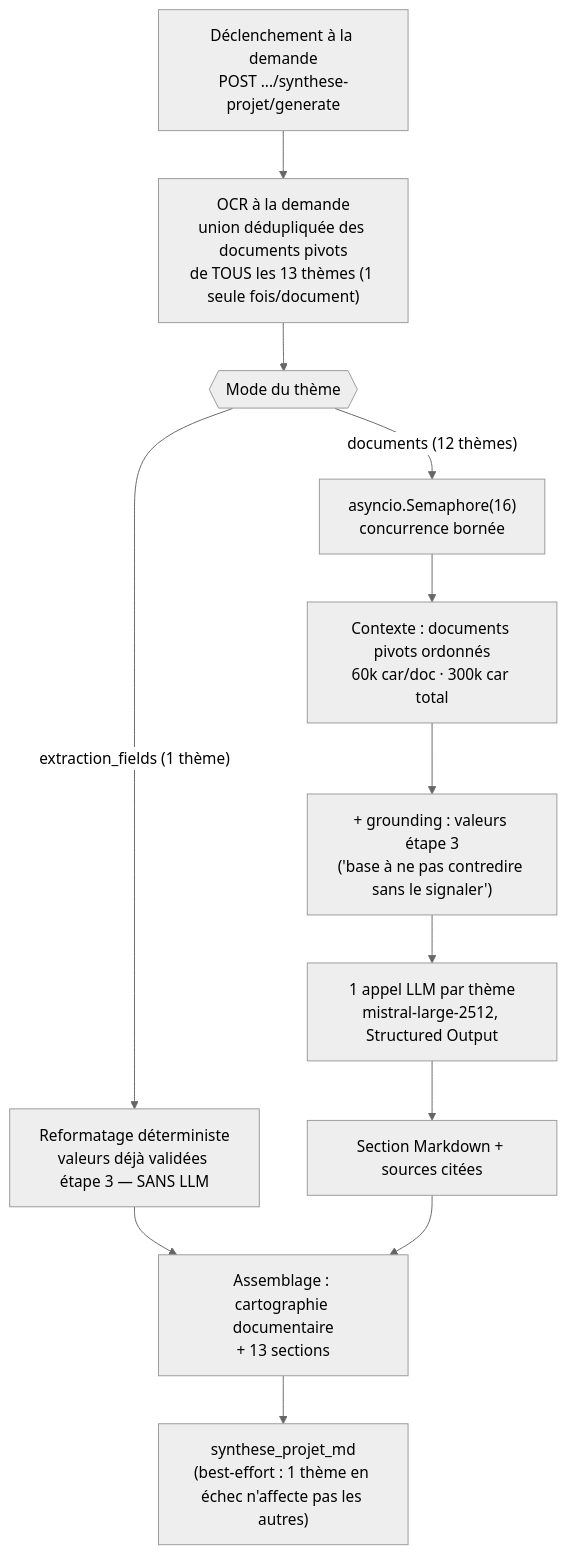
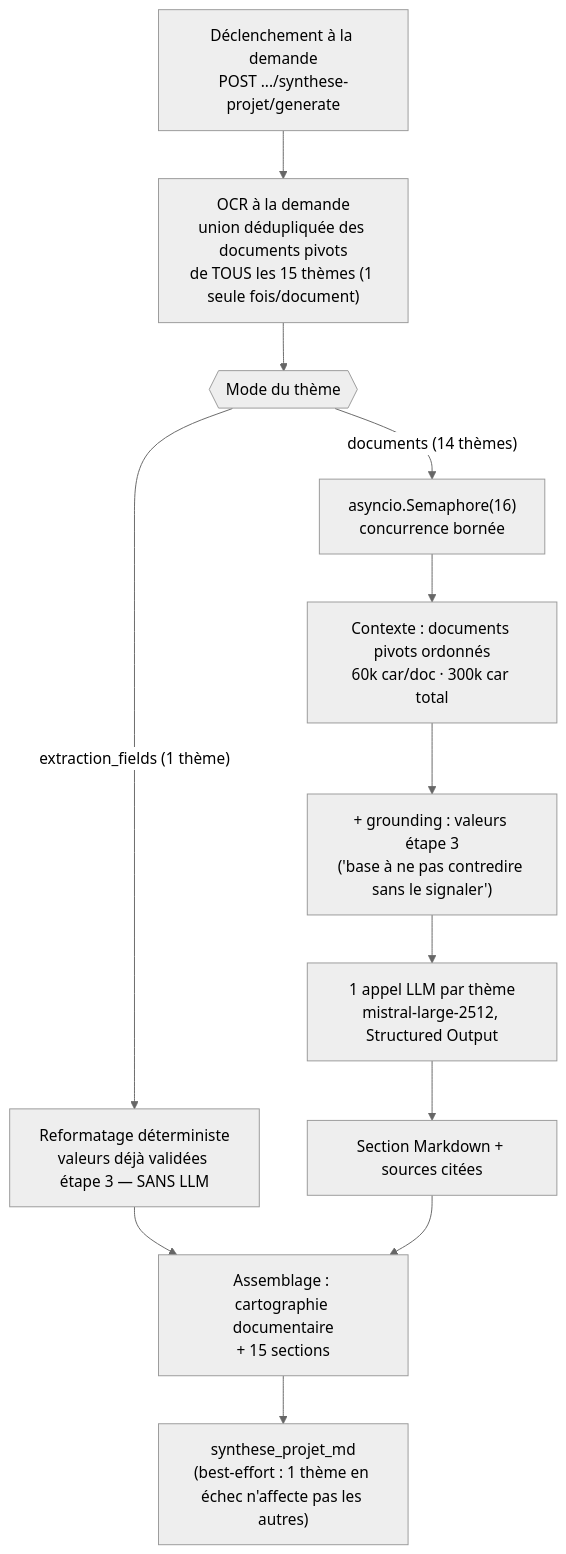
Before and after one commit to louisclzzzzzzz/AOP-app-v2: the eighth of 9 diagrams in docs/ARCHITECTURE.md, drawn with Mermaid (neutral theme). The commit also changed other lines of this file and 2 other files, not shown here.

First line of the commit message:
Met à jour ARCHITECTURE.md et PHASES_ANALYSE.md après la refonte des rapports

````diff
--- a/docs/ARCHITECTURE.md
+++ b/docs/ARCHITECTURE.md
@@ -451,15 +454,15 @@
 ```mermaid
 flowchart TD
-    TRIGGER["Déclenchement à la demande<br/>POST .../synthese-projet/generate"] --> OCRPHASE["OCR à la demande<br/>union dédupliquée des documents pivots<br/>de TOUS les 13 thèmes (1 seule fois/document)"]
+    TRIGGER["Déclenchement à la demande<br/>POST .../synthese-projet/generate"] --> OCRPHASE["OCR à la demande<br/>union dédupliquée des documents pivots<br/>de TOUS les 15 thèmes (1 seule fois/document)"]
     OCRPHASE --> SPLIT{{"Mode du thème"}}
     SPLIT -->|"extraction_fields (1 thème)"| FMT["Reformatage déterministe<br/>valeurs déjà validées étape 3 — SANS LLM"]
-    SPLIT -->|"documents (12 thèmes)"| SEM["asyncio.Semaphore(16)<br/>concurrence bornée"]
+    SPLIT -->|"documents (14 thèmes)"| SEM["asyncio.Semaphore(16)<br/>concurrence bornée"]
     SEM --> CTX["Contexte : documents pivots ordonnés<br/>60k car/doc · 300k car total"]
     CTX --> GROUND["+ grounding : valeurs étape 3<br/>('base à ne pas contredire sans le signaler')"]
     GROUND --> LLMCALL["1 appel LLM par thème<br/>mistral-large-2512, Structured Output"]
     LLMCALL --> SECTION["Section Markdown + sources citées"]
 
-    FMT --> ASSEMBLE["Assemblage : cartographie documentaire<br/>+ 13 sections"]
+    FMT --> ASSEMBLE["Assemblage : cartographie documentaire<br/>+ 15 sections"]
     SECTION --> ASSEMBLE
     ASSEMBLE --> REPORT["synthese_projet_md<br/>(best-effort : 1 thème en échec n'affecte pas les autres)"]
 ```
````
